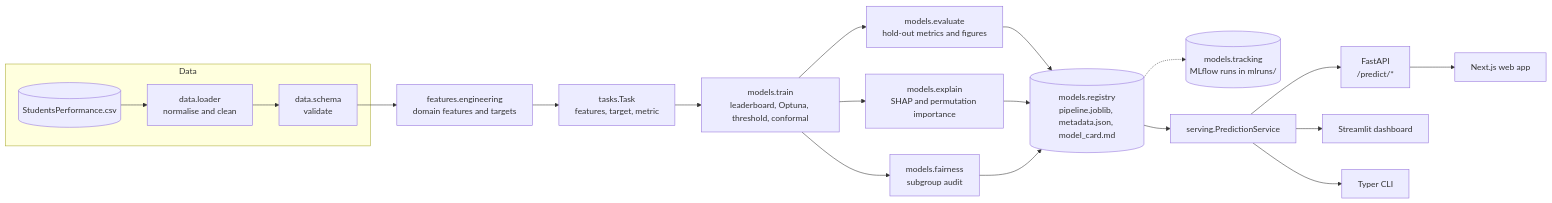
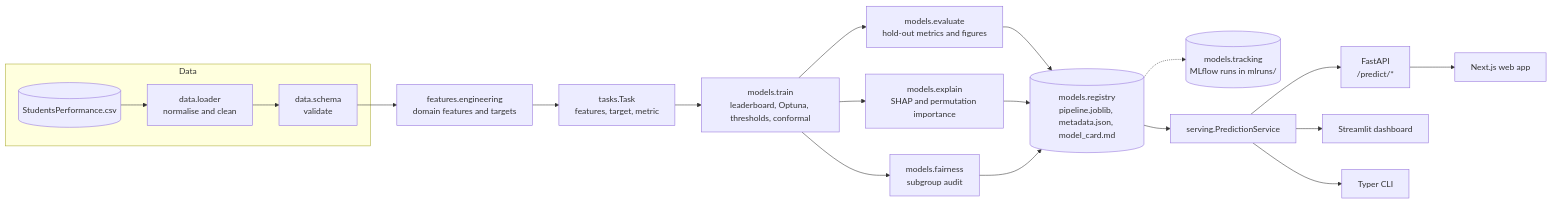
Before and after one commit to ZainDev04/edupulse: the diagram in docs/architecture.md, drawn with Mermaid. The commit also changed other lines of this file and 30 other files, not shown here.

````diff
--- a/docs/architecture.md
+++ b/docs/architecture.md
@@ -15,22 +15,22 @@
 ```mermaid
 flowchart LR
     subgraph Data
         RAW[(StudentsPerformance.csv)] --> LOAD[data.loader<br/>normalise and clean]
         LOAD --> VAL[data.schema<br/>validate]
     end
     VAL --> FE[features.engineering<br/>domain features and targets]
     FE --> TASK[tasks.Task<br/>features, target, metric]
-    TASK --> TRAIN[models.train<br/>leaderboard, Optuna, threshold, conformal]
+    TASK --> TRAIN[models.train<br/>leaderboard, Optuna, thresholds, conformal]
     TRAIN --> EVAL[models.evaluate<br/>hold-out metrics and figures]
     TRAIN --> XAI[models.explain<br/>SHAP and permutation importance]
     TRAIN --> FAIR[models.fairness<br/>subgroup audit]
     EVAL --> REG[(models.registry<br/>pipeline.joblib, metadata.json, model_card.md)]
     XAI --> REG
     FAIR --> REG
     REG -.-> MLF[(models.tracking<br/>MLflow runs in mlruns/)]
     REG --> SVC[serving.PredictionService]
     SVC --> API[FastAPI<br/>/predict/*]
     API --> WEB[Next.js web app]
     SVC --> UI[Streamlit dashboard]
     SVC --> CLI[Typer CLI]
 ```
````
